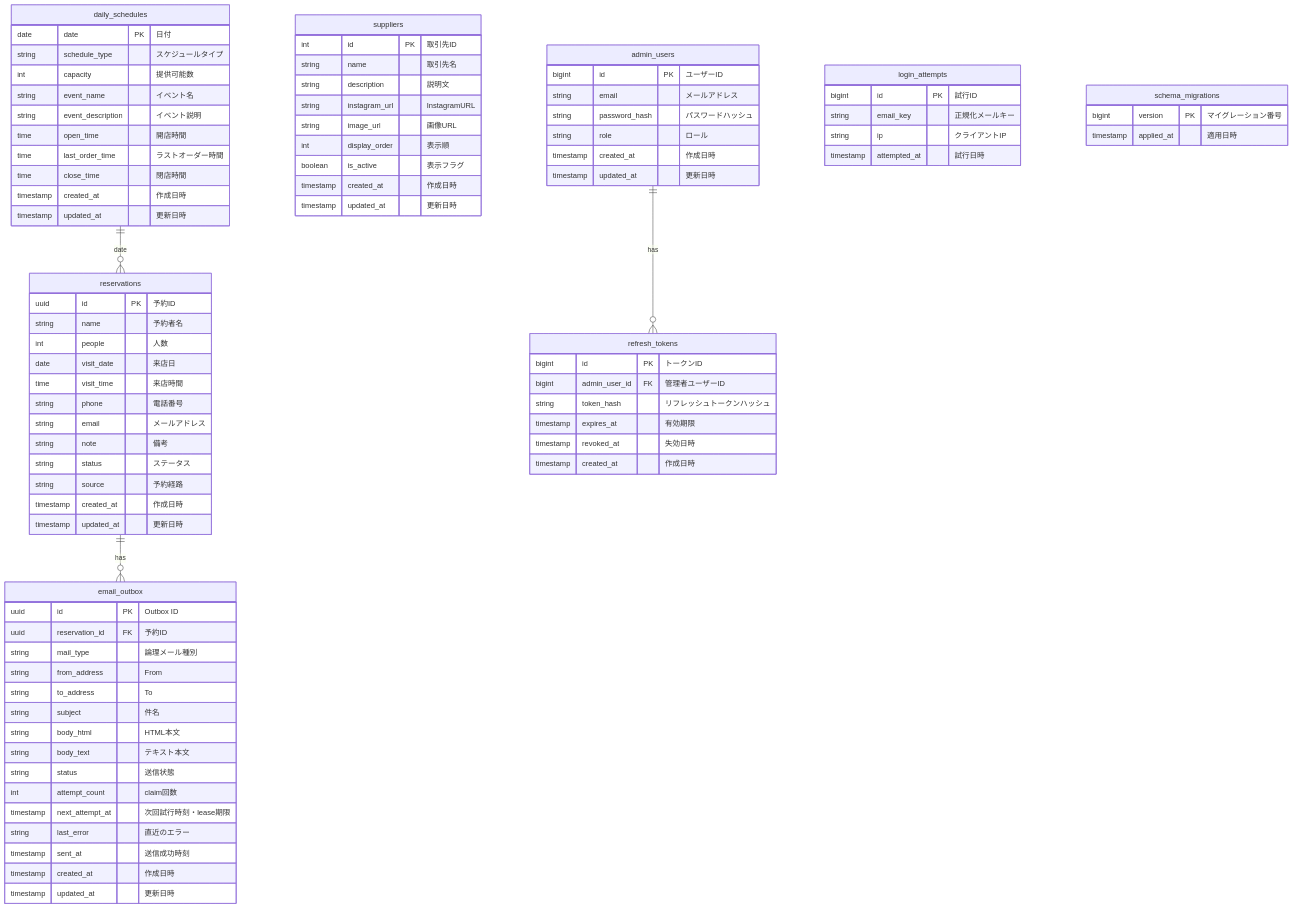
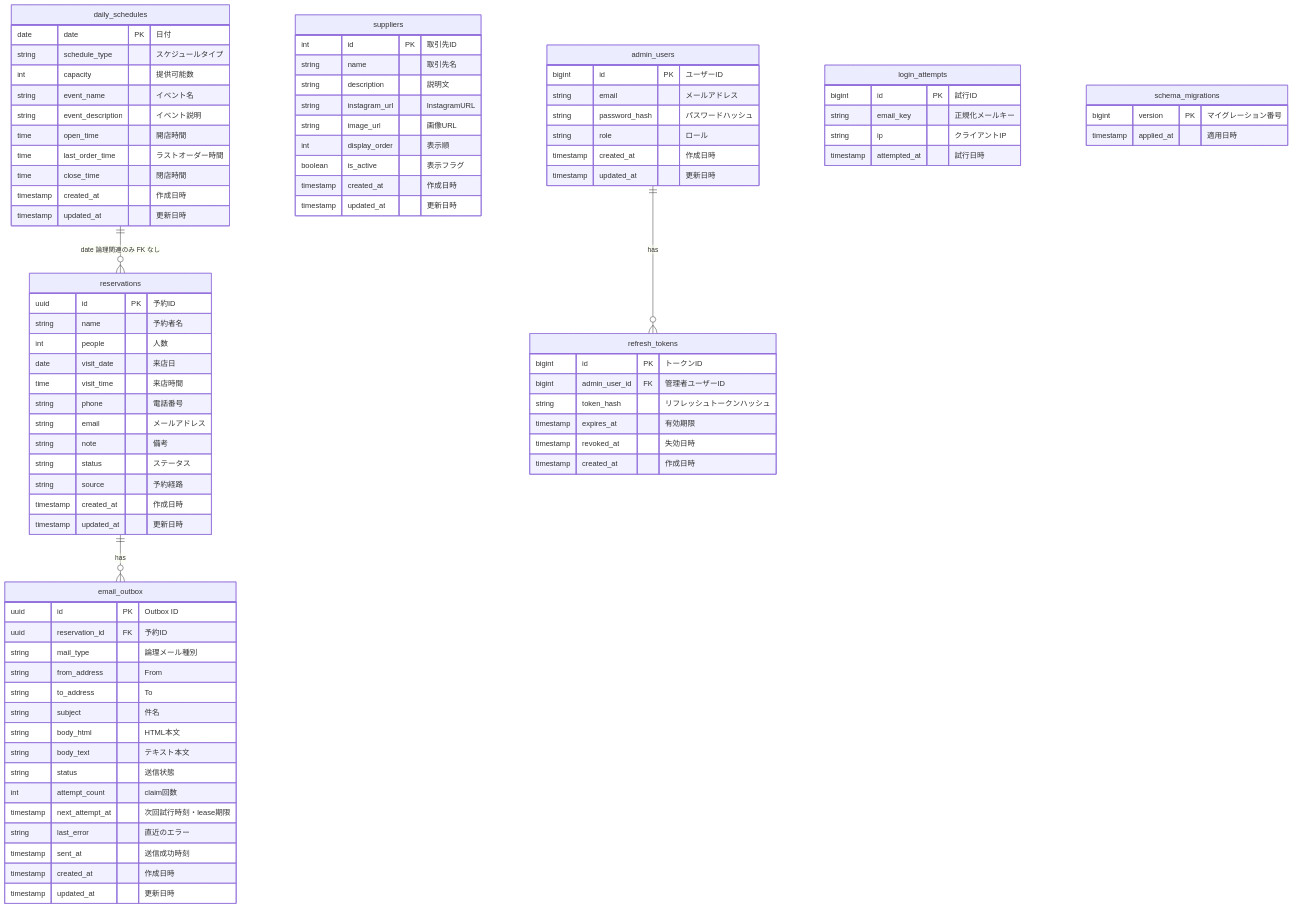
Before and after one commit to cergijame101007/satehits: the first of 2 diagrams in docs/table_design.md, drawn with Mermaid. The commit also changed other lines of this file, not shown here.

Commit message:
docs: table_design.md の daily_schedules と reservations が FK なしの論理関連であることを明記する

````diff
--- a/docs/table_design.md
+++ b/docs/table_design.md
@@ -92,7 +92,7 @@
         timestamp applied_at "適用日時"
     }
 
-    daily_schedules ||--o{ reservations : "date"
+    daily_schedules ||--o{ reservations : "date 論理関連のみ FK なし"
     admin_users ||--o{ refresh_tokens : "has"
     reservations ||--o{ email_outbox : "has"
 ```
````
